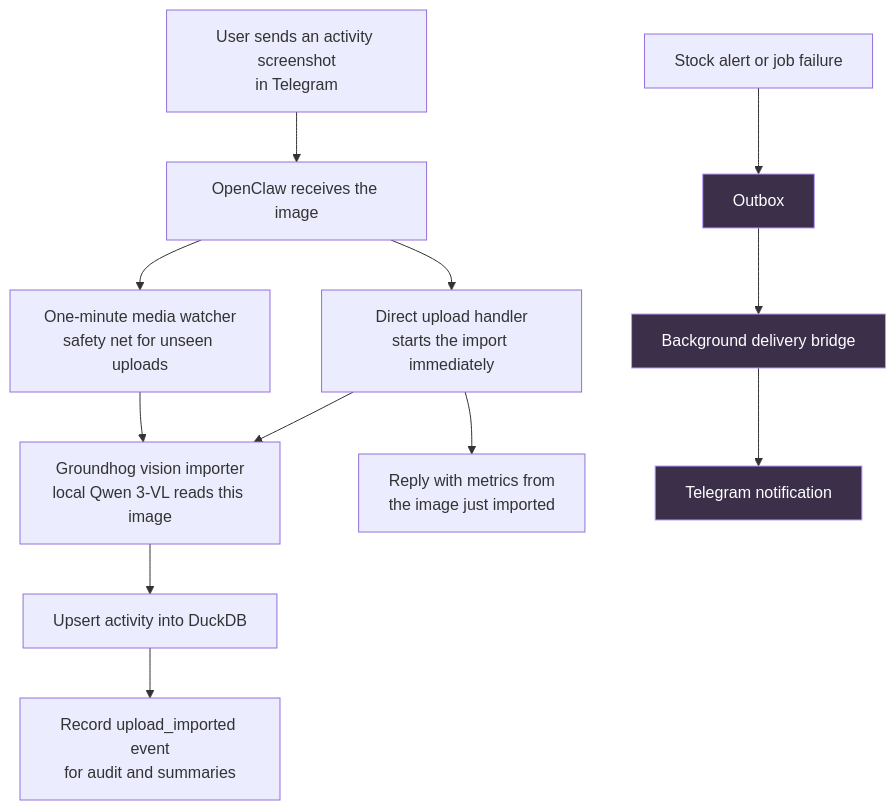
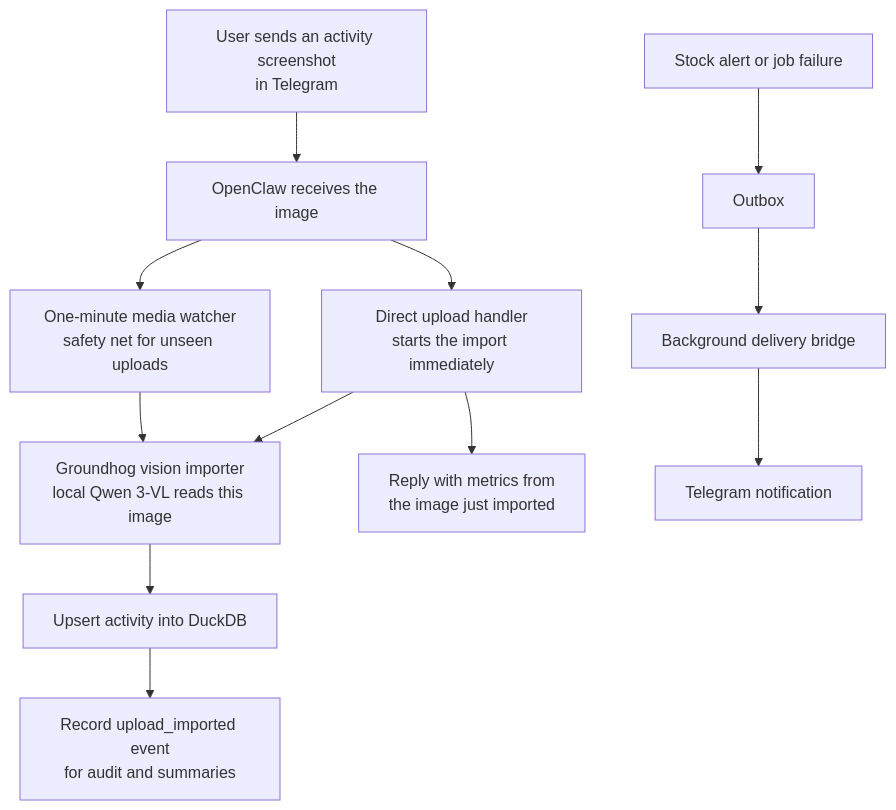
The diagram in _posts/2026-07-31-telegram-image-upload-flow.md (treblev/treblev.github.io), drawn with Mermaid before and after one commit. The commit also changed other lines of this file, not shown here.

Commit message:
Render Telegram upload flow diagram

````diff
--- a/_posts/2026-07-31-telegram-image-upload-flow.md
+++ b/_posts/2026-07-31-telegram-image-upload-flow.md
@@ -13,20 +13,16 @@
-```mermaid
+<div class="mermaid">
 flowchart TD
-    U["User sends an activity screenshot\nin Telegram"] --> O["OpenClaw receives the image"]
-    O --> D["Direct upload handler\nstarts the import immediately"]
-    O --> W["One-minute media watcher\nsafety net for unseen uploads"]
+    U["User sends an activity screenshot<br/>in Telegram"] --> O["OpenClaw receives the image"]
+    O --> D["Direct upload handler<br/>starts the import immediately"]
+    O --> W["One-minute media watcher<br/>safety net for unseen uploads"]
 
-    D --> V["Groundhog vision importer\nlocal Qwen 3-VL reads this image"]
+    D --> V["Groundhog vision importer<br/>local Qwen 3-VL reads this image"]
     W --> V
     V --> A["Upsert activity into DuckDB"]
-    A --> E["Record upload_imported event\nfor audit and summaries"]
-    D --> R["Reply with metrics from\nthe image just imported"]
+    A --> E["Record upload_imported event<br/>for audit and summaries"]
+    D --> R["Reply with metrics from<br/>the image just imported"]
 
     S["Stock alert or job failure"] --> Q["Outbox"]
     Q --> B["Background delivery bridge"]
     B --> T["Telegram notification"]
-
-    style Q fill:#3b2f4a,stroke:#b99cff,color:#fff
-    style B fill:#3b2f4a,stroke:#b99cff,color:#fff
-    style T fill:#3b2f4a,stroke:#b99cff,color:#fff
-```
+</div>
````
